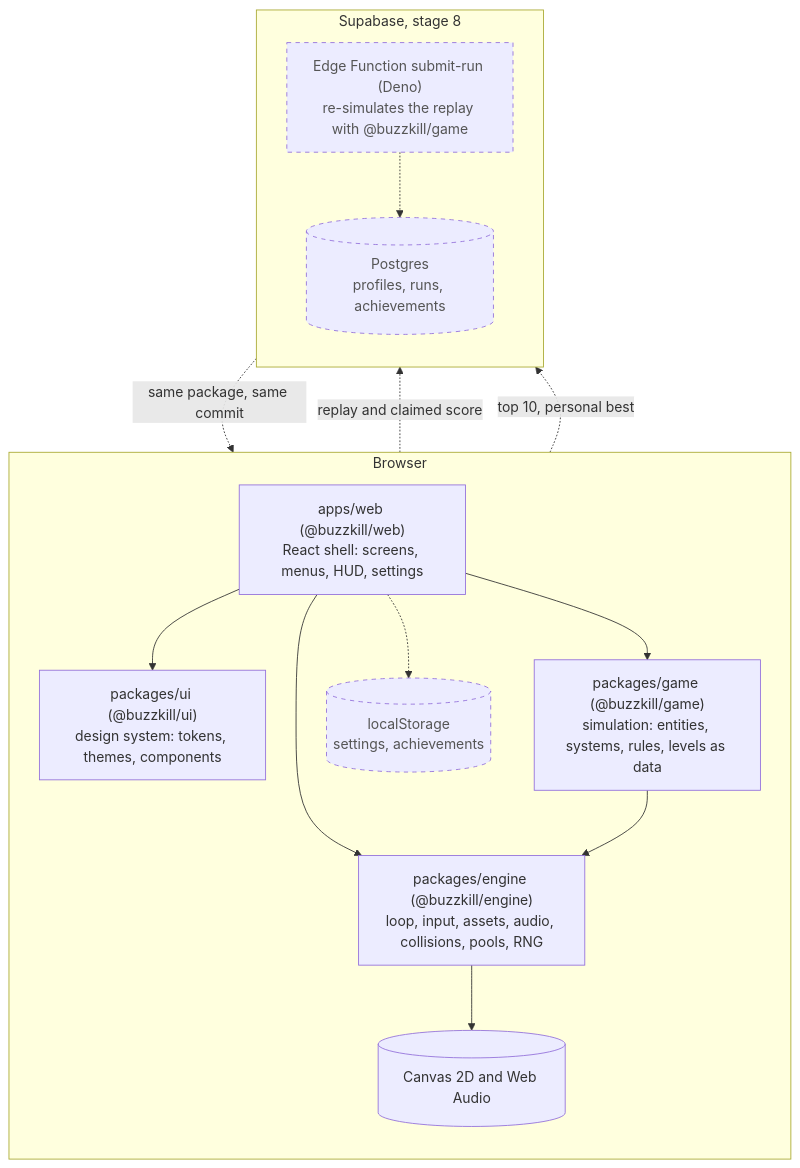
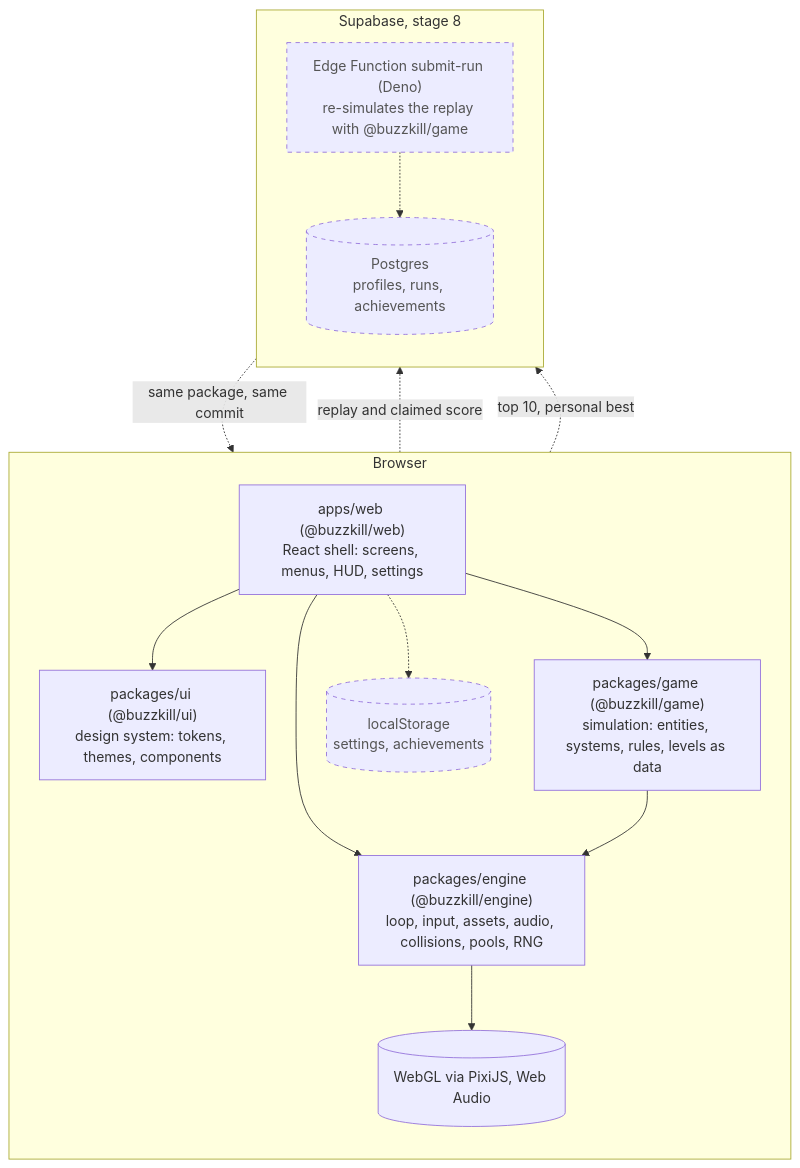
The second of 3 diagrams in docs/architecture.md (nazimajumaniyazova/buzzkill), drawn with Mermaid before and after one commit. The commit also changed 5 other files, not shown here.

First line of the commit message:
docs(repo): accept the stage 3 architecture decisions (#52)

````diff
--- a/docs/architecture.md
+++ b/docs/architecture.md
@@ -40,31 +40,31 @@
 ```mermaid
 flowchart TB
   subgraph browser[Browser]
     direction TB
     web["apps/web (@buzzkill/web)<br/>React shell: screens, menus, HUD, settings"]
     ui["packages/ui (@buzzkill/ui)<br/>design system: tokens, themes, components"]
     game["packages/game (@buzzkill/game)<br/>simulation: entities, systems, rules, levels as data"]
     engine["packages/engine (@buzzkill/engine)<br/>loop, input, assets, audio, collisions, pools, RNG"]
-    canvas[(Canvas 2D and Web Audio)]
+    canvas[(WebGL via PixiJS, Web Audio)]
     storage[(localStorage<br/>settings, achievements)]:::planned
   end
 
   subgraph supabase[Supabase, stage 8]
     direction TB
     edge["Edge Function submit-run (Deno)<br/>re-simulates the replay with @buzzkill/game"]:::planned
     db[(Postgres<br/>profiles, runs, achievements)]:::planned
   end
 
   web --> ui
   web --> game
   web --> engine
   game --> engine
   engine --> canvas
   web -.-> storage
   web -. "replay and claimed score" .-> edge
   edge -.-> db
   web -. "top 10, personal best" .-> db
   edge -. "same package, same commit" .-> game
 
   classDef planned stroke-dasharray: 5 5,color:#555
 ```
````
